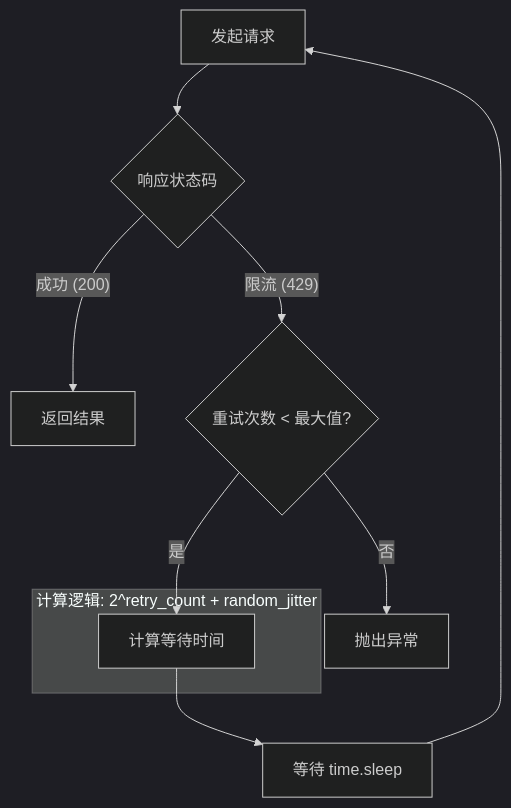
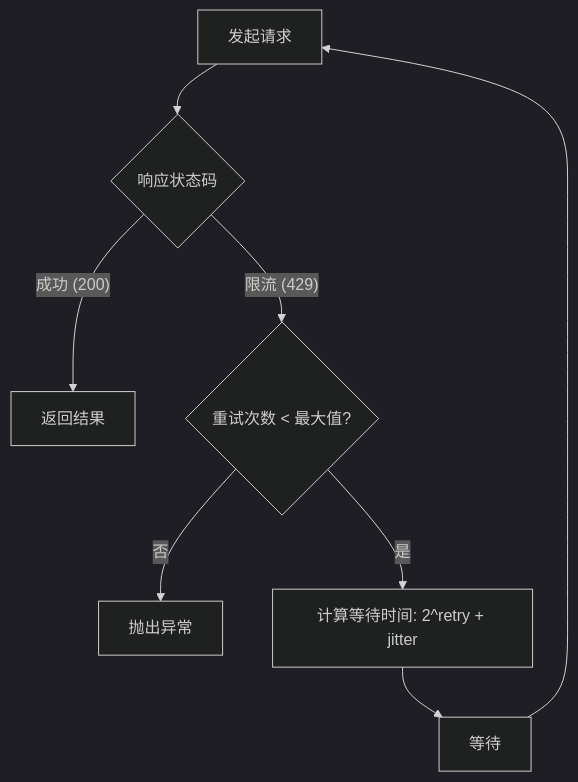
One commit to fortuneyan/Agent-Developing-Bible changed the third of 4 diagrams in 01_Agent开发指南_AI平台和api-key管理.md. Above: the diagram before and after it, drawn with Mermaid (dark theme). The commit also changed other lines of this file and 30 other files, not shown here.

````diff
--- a/01_Agent开发指南_AI平台和api-key管理.md
+++ b/01_Agent开发指南_AI平台和api-key管理.md
@@ -271,14 +245,10 @@
 ```mermaid
 flowchart TD
     A[发起请求] --> B{响应状态码}
     B -- 成功 (200) --> C[返回结果]
     B -- 限流 (429) --> D{重试次数 < 最大值?}
     D -- 否 --> E[抛出异常]
-    D -- 是 --> F[计算等待时间]
-    F --> G[等待 time.sleep]
+    D -- 是 --> F[计算等待时间: 2^retry + jitter]
+    F --> G[等待]
     G --> A
-    subgraph "计算逻辑: 2^retry_count + random_jitter"
-        F
-    end
-
 ```
````
